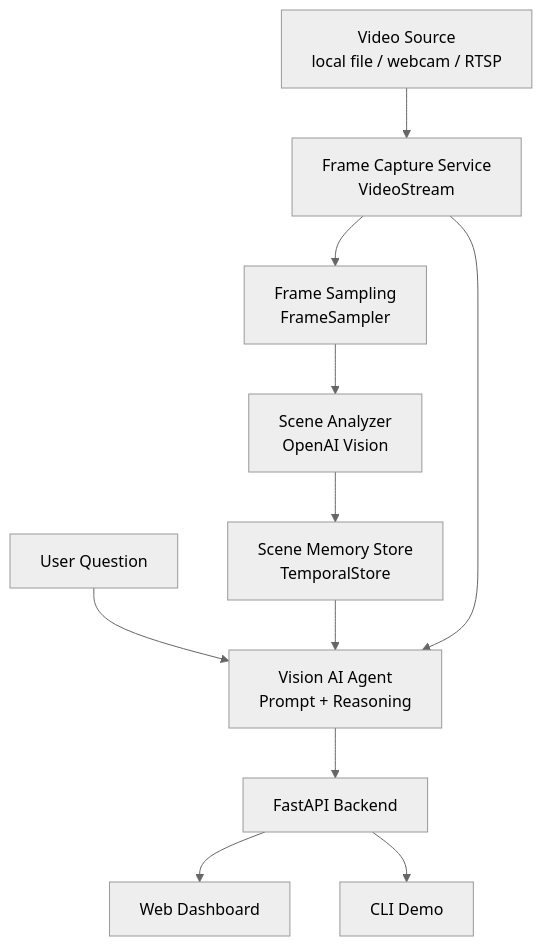
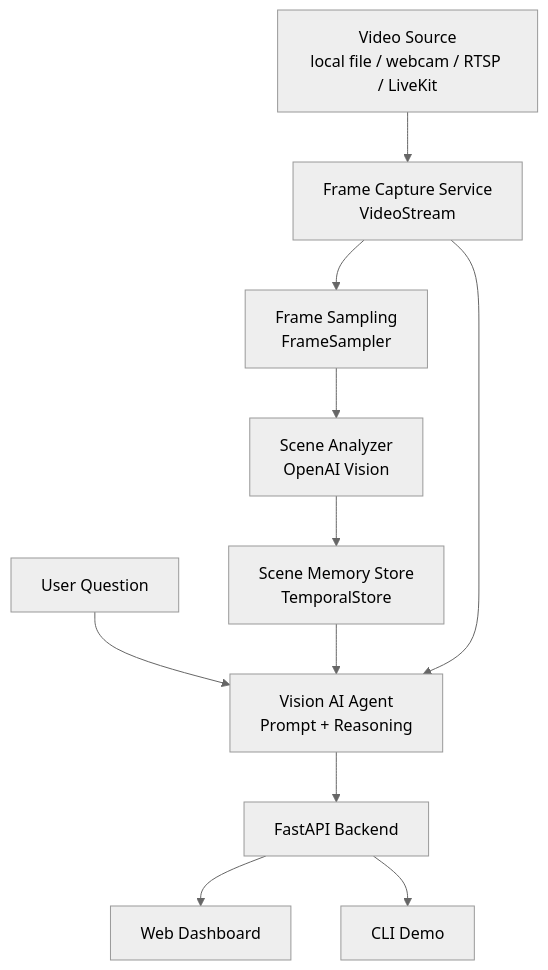
Before and after one commit to hmatoui/vision-robot-agent: the diagram in README.md, drawn with Mermaid (neutral theme). The commit also changed other lines of this file and 9 other files, not shown here.

Commit message:
Read live stream videos from livekit

````diff
--- a/README.md
+++ b/README.md
@@ -13,13 +13,13 @@
 ```mermaid
 flowchart TD
-    VS[Video Source\nlocal file / webcam / RTSP] --> FC[Frame Capture Service\nVideoStream]
+    VS[Video Source\nlocal file / webcam / RTSP / LiveKit] --> FC[Frame Capture Service\nVideoStream]
     FC --> FS[Frame Sampling\nFrameSampler]
     FS --> SA[Scene Analyzer\nOpenAI Vision]
     SA --> SM[Scene Memory Store\nTemporalStore]
     UQ[User Question] --> AG[Vision AI Agent\nPrompt + Reasoning]
     SM --> AG
     FC --> AG
     AG --> API[FastAPI Backend]
     API --> WEB[Web Dashboard]
     API --> CLI[CLI Demo]
 ```
````
